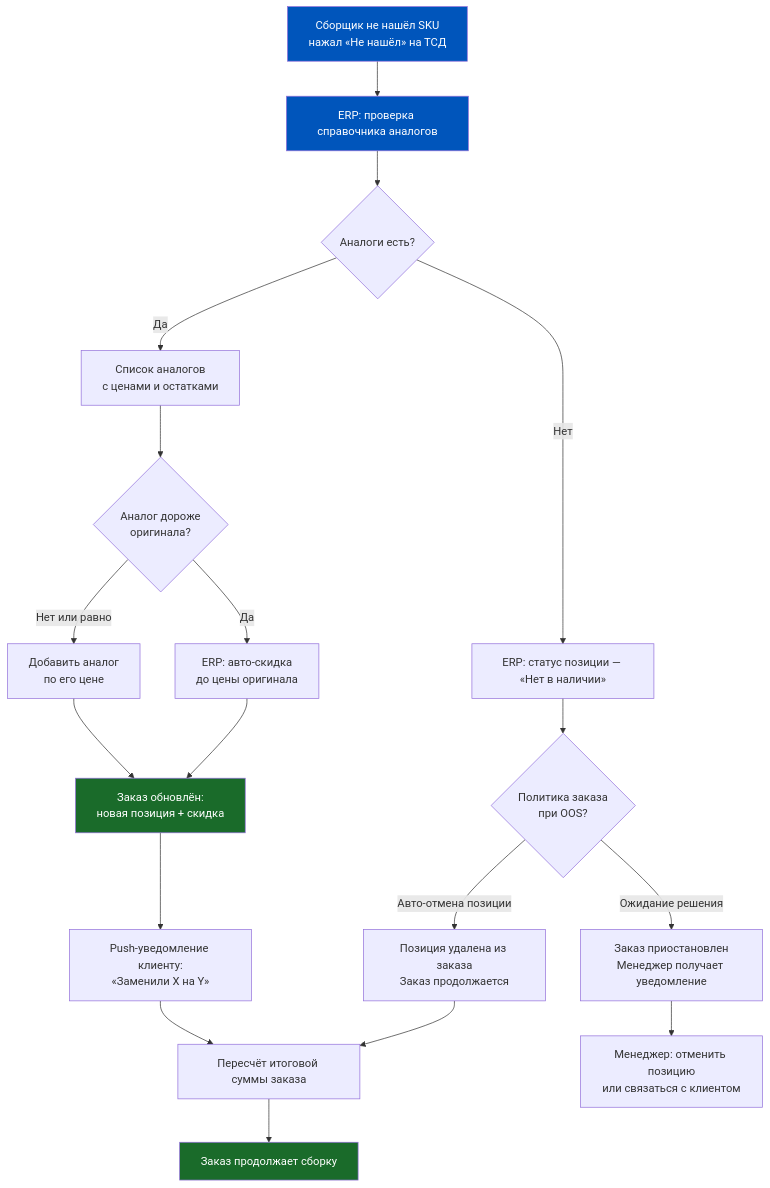
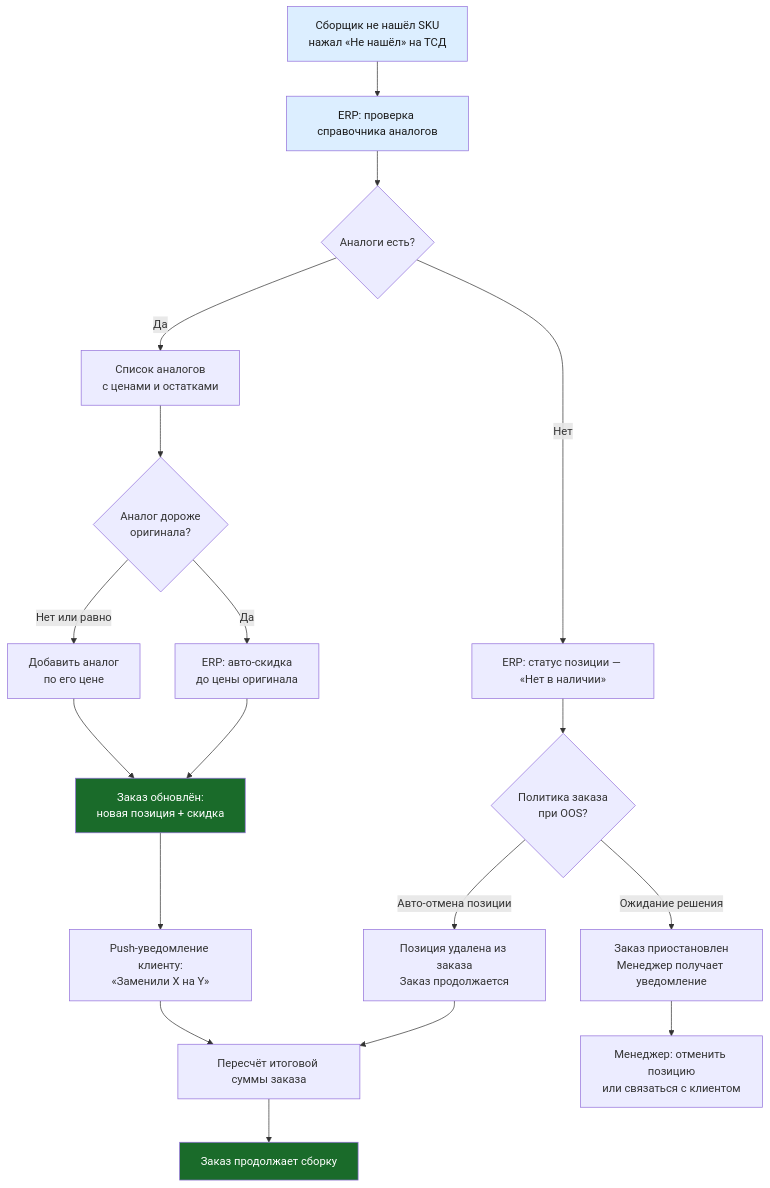
The third of 6 diagrams in content/1c-erp/week_6/Неделя 6 - День 6 - Практикум по фулфилменту.md (murad1986/1c-erp-quartz), drawn with Mermaid before and after one commit. The commit also changed other lines of this file and 57 other files, not shown here.

First line of the commit message:
fix: Mermaid — пастельные цвета в источниках диаграмм (56 файлов)

````diff
--- a/content/1c-erp/week_6/Неделя 6 - День 6 - Практикум по фулфилменту.md
+++ b/content/1c-erp/week_6/Неделя 6 - День 6 - Практикум по фулфилменту.md
@@ -204,24 +204,24 @@
 ```mermaid
 flowchart TD
     A[Сборщик не нашёл SKU<br/>нажал «Не нашёл» на ТСД] --> B[ERP: проверка справочника аналогов]
     B --> C{Аналоги есть?}
     C -->|Нет| D[ERP: статус позиции — «Нет в наличии»]
     D --> E{Политика заказа<br/>при OOS?}
     E -->|Авто-отмена позиции| F[Позиция удалена из заказа<br/>Заказ продолжается]
     E -->|Ожидание решения| G[Заказ приостановлен<br/>Менеджер получает уведомление]
     C -->|Да| H[Список аналогов<br/>с ценами и остатками]
     H --> I{Аналог дороже<br/>оригинала?}
     I -->|Да| J[ERP: авто-скидка<br/>до цены оригинала]
     I -->|Нет или равно| K[Добавить аналог<br/>по его цене]
     J --> L[Заказ обновлён:<br/>новая позиция + скидка]
     K --> L
     L --> M[Push-уведомление клиенту:<br/>«Заменили X на Y»]
     F --> N[Пересчёт итоговой суммы заказа]
     M --> N
     G --> O[Менеджер: отменить позицию<br/>или связаться с клиентом]
     N --> P[Заказ продолжает сборку]
-    style A fill:#0055BB,color:#fff
-    style B fill:#0055BB,color:#fff
+    style A fill:#dceeff,color:#1a1a1a
+    style B fill:#dceeff,color:#1a1a1a
     style L fill:#1a6b2a,color:#fff
     style P fill:#1a6b2a,color:#fff
 ```
````
